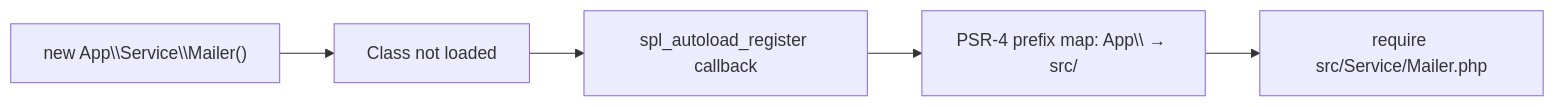
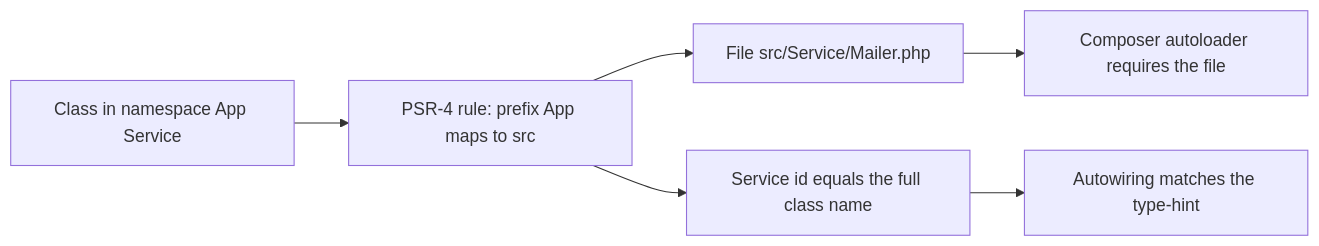
Before and after one commit to jasseryah-mazars/Sf-8.0: the second of 3 diagrams in docs/php-web-security/namespaces.md, drawn with Mermaid. The commit also changed other lines of this file and 8 other files, not shown here.

````diff
--- a/docs/php-web-security/namespaces.md
+++ b/docs/php-web-security/namespaces.md
@@ -142,7 +355,8 @@
 ```mermaid
 flowchart LR
-    A["new App\\Service\\Mailer()"] --> B[Class not loaded]
-    B --> C[spl_autoload_register callback]
-    C --> D[PSR-4 prefix map: App\\ → src/]
-    D --> E[require src/Service/Mailer.php]
+    NS["Class in namespace App Service"] --> P["PSR-4 rule: prefix App maps to src"]
+    P --> F["File src/Service/Mailer.php"]
+    P --> ID["Service id equals the full class name"]
+    ID --> AW["Autowiring matches the type-hint"]
+    F --> AL["Composer autoloader requires the file"]
 ```
````
